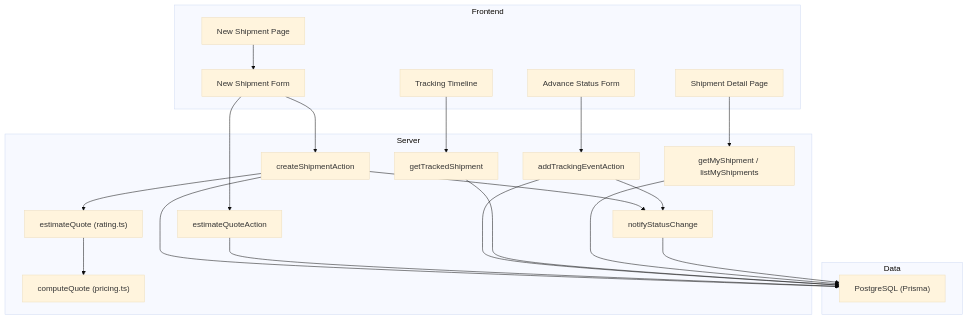
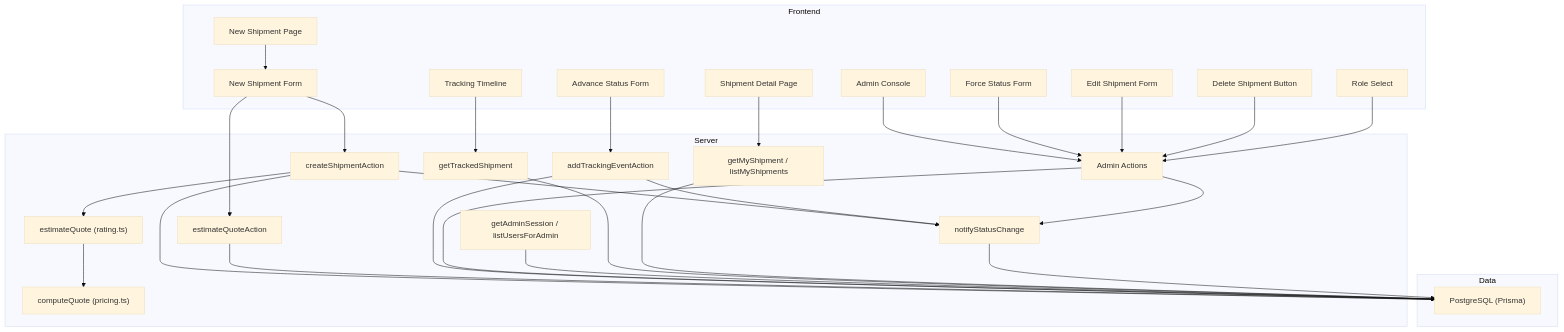
One commit to gyamposudodzi/Timberland changed the first of 15 diagrams in .qoder/repowiki/en/content/Shipment Management/Shipment Management.md. Above: the diagram before and after it, drawn with Mermaid (base theme). The commit also changed other lines of this file and 78 other files, not shown here.

````diff
--- a/.qoder/repowiki/en/content/Shipment Management/Shipment Management.md
+++ b/.qoder/repowiki/en/content/Shipment Management/Shipment Management.md
@@ -55,39 +66,54 @@
 ```mermaid
 graph TB
 subgraph "Frontend"
 NewPage["New Shipment Page"]
 Form["New Shipment Form"]
 DetailPage["Shipment Detail Page"]
 Timeline["Tracking Timeline"]
 OpsForm["Advance Status Form"]
+AdminConsole["Admin Console"]
+ForceStatus["Force Status Form"]
+EditShipment["Edit Shipment Form"]
+DeleteButton["Delete Shipment Button"]
+RoleSelect["Role Select"]
 end
 subgraph "Server"
 CreateAction["createShipmentAction"]
 QuoteAction["estimateQuoteAction"]
 OpsAction["addTrackingEventAction"]
+AdminActions["Admin Actions"]
 Rating["estimateQuote (rating.ts)"]
 Pricing["computeQuote (pricing.ts)"]
 TrackingSvc["getTrackedShipment"]
 AccountSvc["getMyShipment / listMyShipments"]
 Notifs["notifyStatusChange"]
+AdminService["getAdminSession / listUsersForAdmin"]
 end
 subgraph "Data"
 DB["PostgreSQL (Prisma)"]
 end
 NewPage --> Form
 Form --> QuoteAction
 Form --> CreateAction
 OpsForm --> OpsAction
+AdminConsole --> AdminActions
+ForceStatus --> AdminActions
+EditShipment --> AdminActions
+DeleteButton --> AdminActions
+RoleSelect --> AdminActions
 CreateAction --> Rating
 Rating --> Pricing
 CreateAction --> Notifs
 OpsAction --> Notifs
+AdminActions --> Notifs
 DetailPage --> AccountSvc
 Timeline --> TrackingSvc
 CreateAction --> DB
 QuoteAction --> DB
 OpsAction --> DB
+AdminActions --> DB
+AdminService --> DB
 TrackingSvc --> DB
 AccountSvc --> DB
 Notifs --> DB
 ```
````
